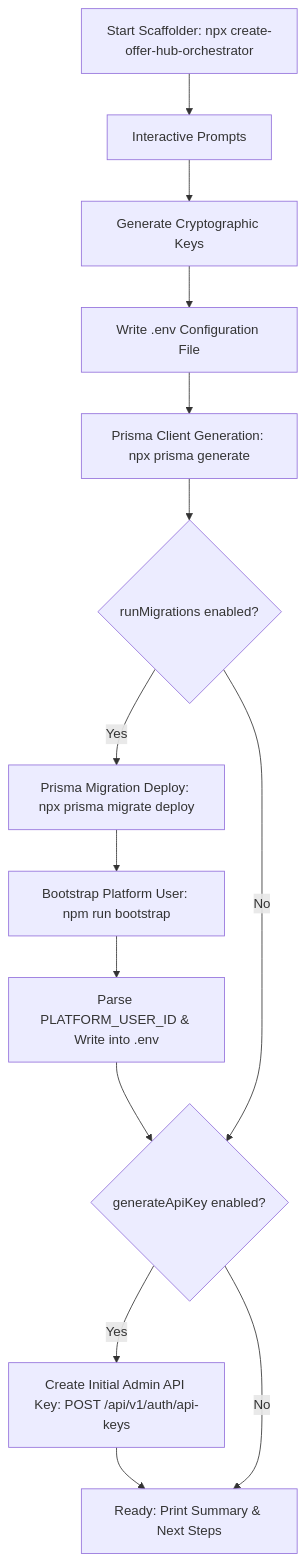
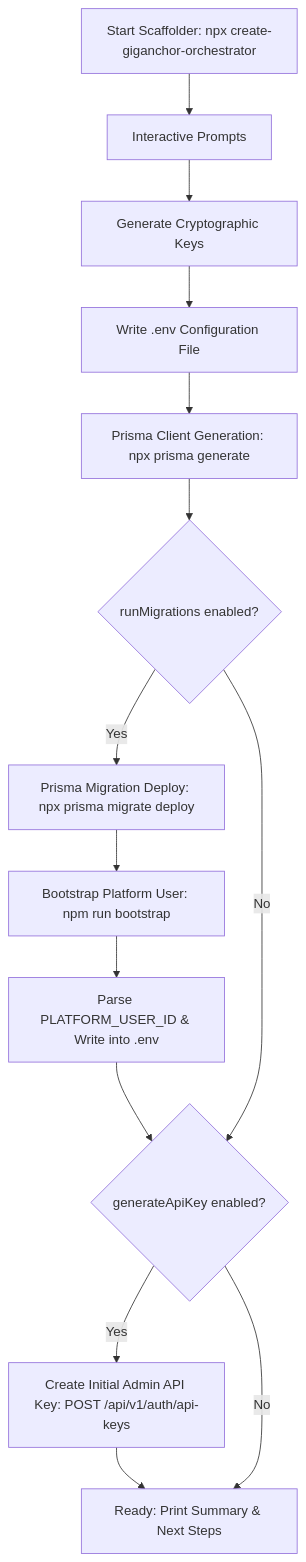
Before and after one commit to GigAnchor/giganchor: the diagram in content/docs/guide/scaffolder.mdx, drawn with Mermaid. The commit also changed other lines of this file and 194 other files, not shown here.

````diff
--- a/content/docs/guide/scaffolder.mdx
+++ b/content/docs/guide/scaffolder.mdx
@@ -164,16 +164,16 @@
 ```mermaid
 flowchart TD
-    A[Start Scaffolder: npx create-offer-hub-orchestrator] --> B[Interactive Prompts]
+    A[Start Scaffolder: npx create-giganchor-orchestrator] --> B[Interactive Prompts]
     B --> C[Generate Cryptographic Keys]
     C --> D[Write .env Configuration File]
     D --> E[Prisma Client Generation: npx prisma generate]
     E --> F{runMigrations enabled?}
     F -- Yes --> G[Prisma Migration Deploy: npx prisma migrate deploy]
     G --> H[Bootstrap Platform User: npm run bootstrap]
     H --> I[Parse PLATFORM_USER_ID & Write into .env]
     I --> J{generateApiKey enabled?}
     F -- No --> J
     J -- Yes --> K[Create Initial Admin API Key: POST /api/v1/auth/api-keys]
     K --> L[Ready: Print Summary & Next Steps]
     J -- No --> L
 ```
````
